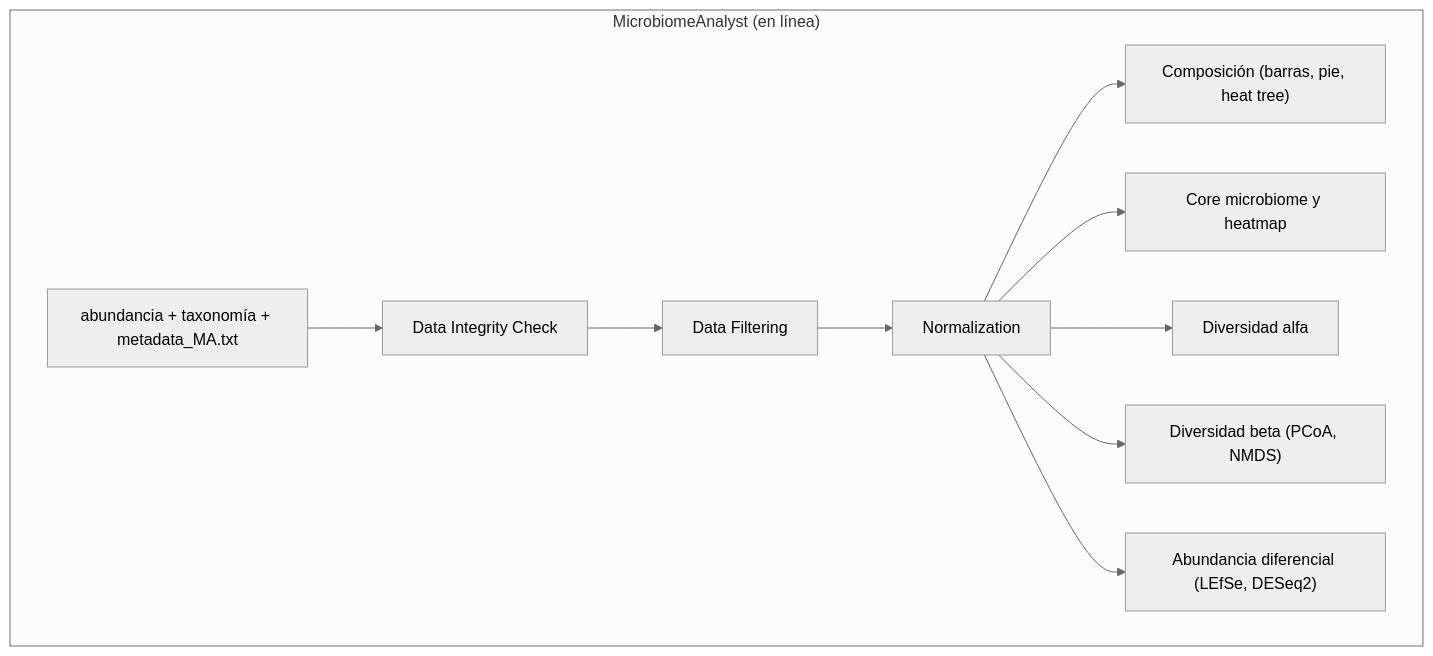
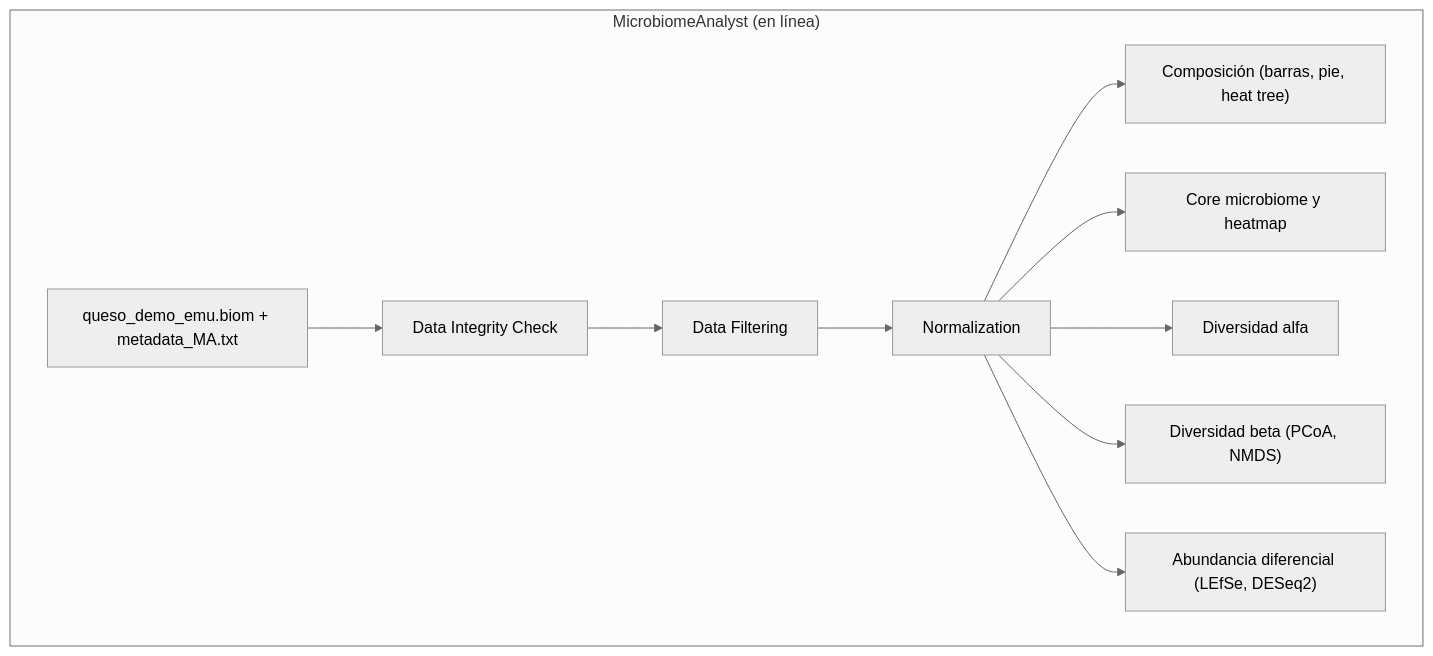
One commit to miRNA67/1ABL0055_202620_S13 changed the second of 3 diagrams in README.md. Above: the diagram before and after it, drawn with Mermaid (neutral theme). The commit also changed other lines of this file, not shown here.

````diff
--- a/README.md
+++ b/README.md
@@ -57,14 +58,14 @@
 ```mermaid
 flowchart LR
     subgraph MA["MicrobiomeAnalyst (en línea)"]
         direction LR
-        A["abundancia + taxonomía + metadata_MA.txt"] --> B["Data Integrity Check"]
+        A["queso_demo_emu.biom + metadata_MA.txt"] --> B["Data Integrity Check"]
         B --> C["Data Filtering"]
         C --> D["Normalization"]
         D --> E["Composición (barras, pie, heat tree)"]
         D --> F["Core microbiome y heatmap"]
         D --> G["Diversidad alfa"]
         D --> H["Diversidad beta (PCoA, NMDS)"]
         D --> I["Abundancia diferencial (LEfSe, DESeq2)"]
     end
 ```
````
